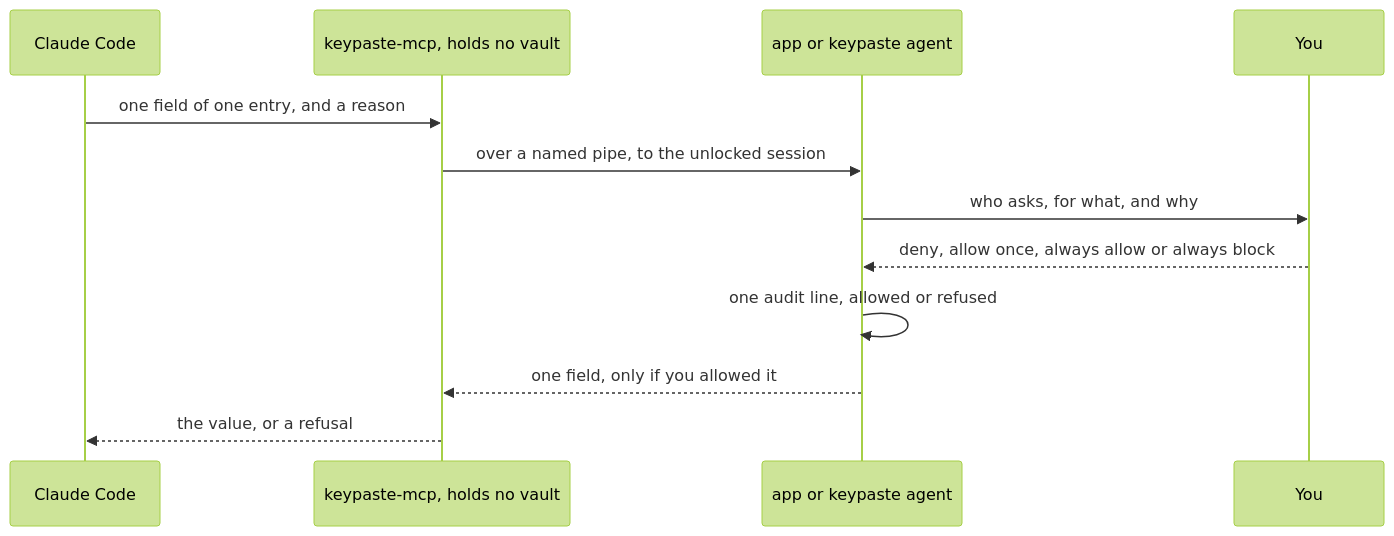
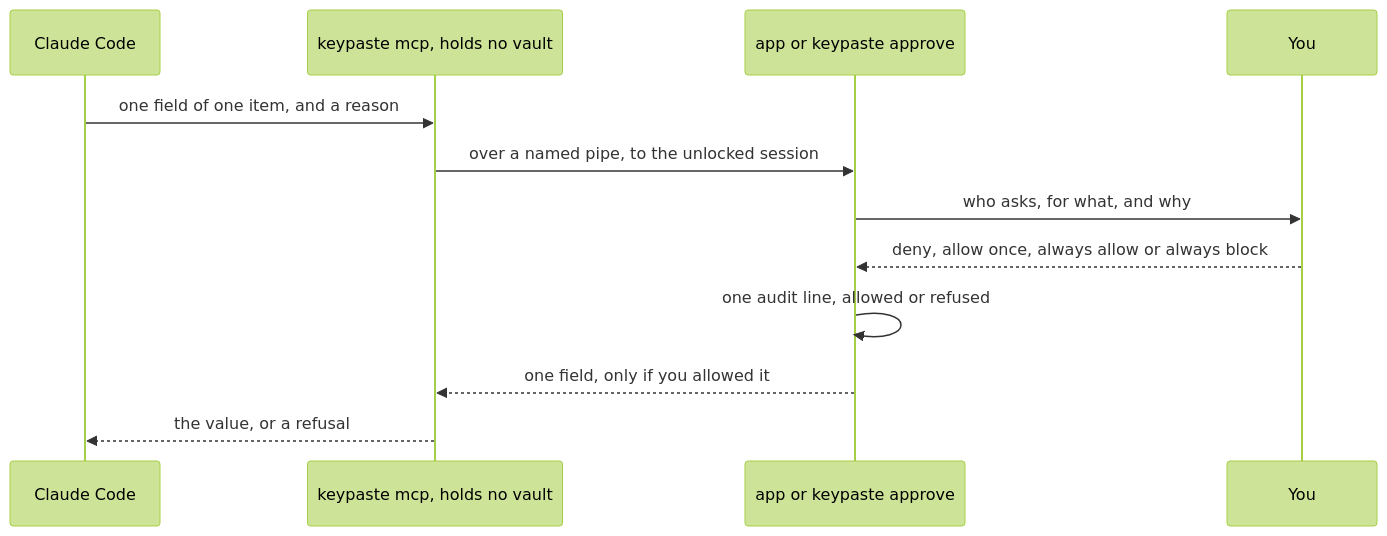
Before and after one commit to notinferred/keypaste: the first of 2 diagrams in site/web/src/content/docs/products/agent-approvals.mdx, drawn with Mermaid (forest theme). The commit also changed other lines of this file and 39 other files, not shown here.

````diff
--- a/site/web/src/content/docs/products/agent-approvals.mdx
+++ b/site/web/src/content/docs/products/agent-approvals.mdx
@@ -14,14 +16,14 @@
 ```mermaid
 sequenceDiagram
   participant C as Claude Code
-  participant B as keypaste-mcp, holds no vault
-  participant O as app or keypaste agent
+  participant B as keypaste mcp, holds no vault
+  participant O as app or keypaste approve
   participant Y as You
-  C->>B: one field of one entry, and a reason
+  C->>B: one field of one item, and a reason
   B->>O: over a named pipe, to the unlocked session
   O->>Y: who asks, for what, and why
   Y-->>O: deny, allow once, always allow or always block
   O->>O: one audit line, allowed or refused
   O-->>B: one field, only if you allowed it
   B-->>C: the value, or a refusal
 ```
````
